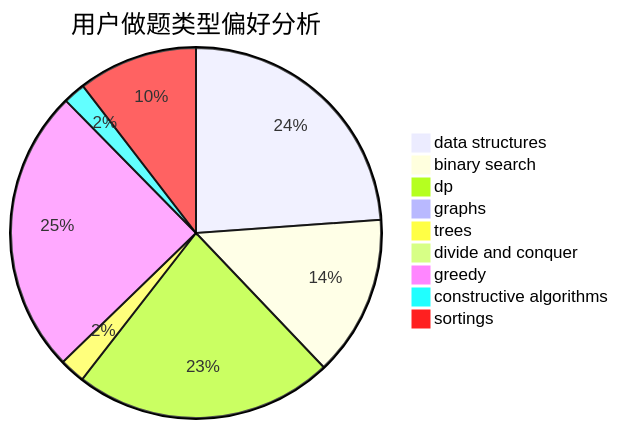
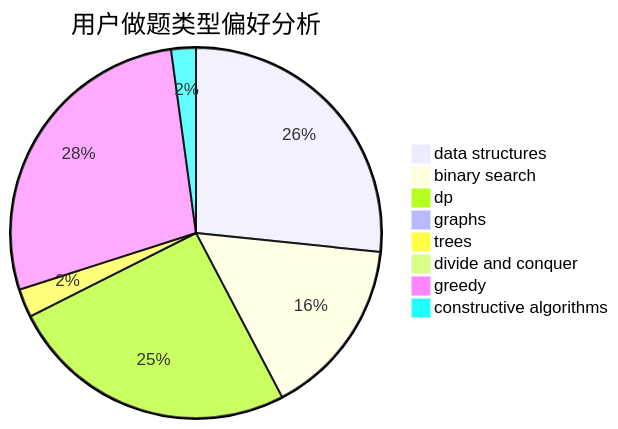
Before and after one commit to sherpahu/cfrs.github.io: the second of 3 diagrams in docs/user/u1074.md, drawn with Mermaid. The commit also changed other lines of this file and 2769 other files, not shown here.

````diff
--- a/docs/user/u1074.md
+++ b/docs/user/u1074.md
@@ -18,12 +18,11 @@
 ```mermaid
 pie title 用户做题类型偏好分析
     "data structures" :  814
     "binary search" :  479
     "dp" :  772
     "graphs" :  17
     "trees" :  76
     "divide and conquer" :  0
     "greedy" :  849
     "constructive algorithms" :  66
-    "sortings" :  356
 ```
````
